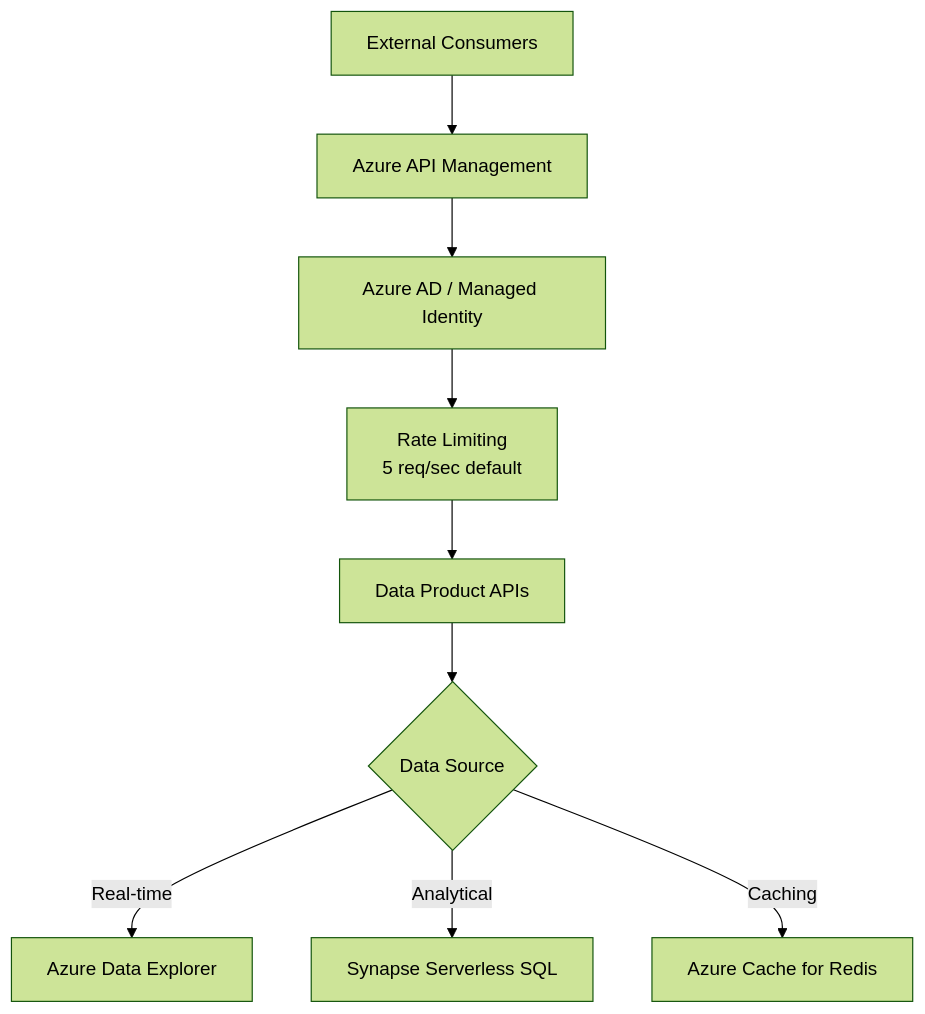
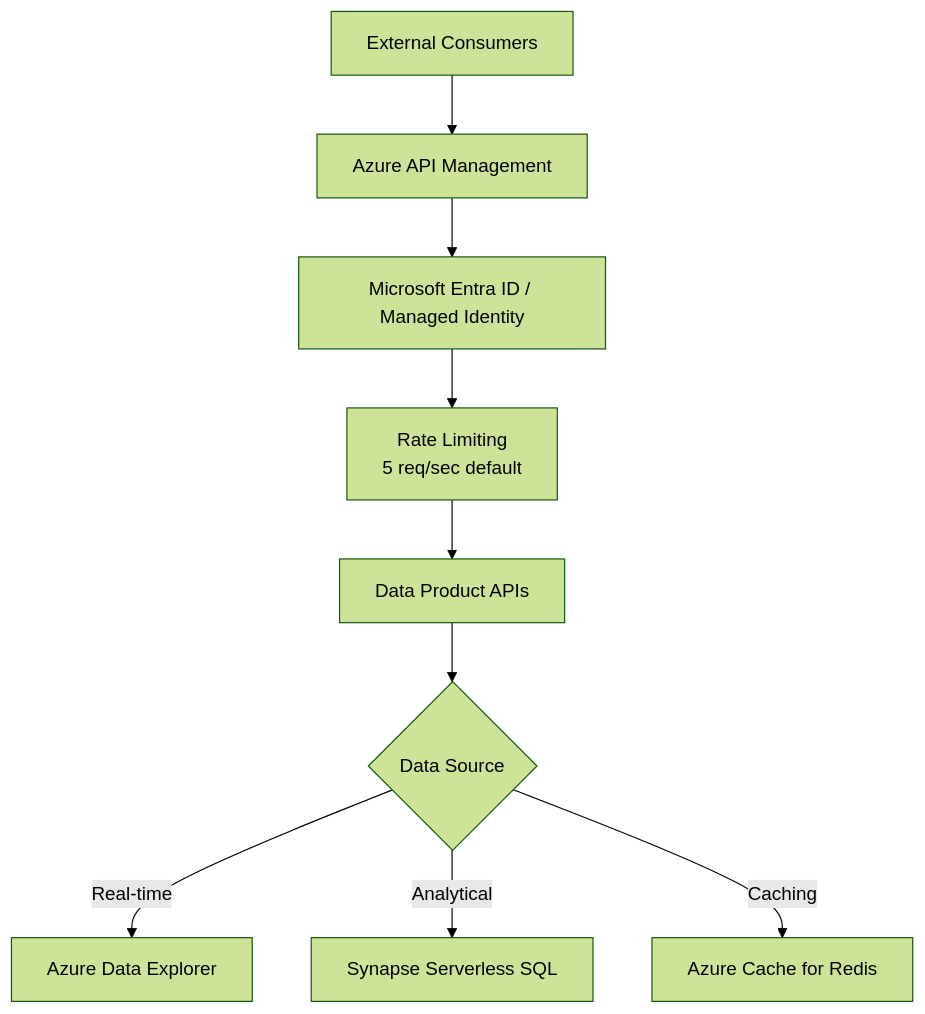
The fourth of 4 diagrams in examples/noaa/ARCHITECTURE.md (fgarofalo56/csa-inabox), drawn with Mermaid (forest theme) before and after one commit. The commit also changed other lines of this file and 836 other files, not shown here.

````diff
--- a/examples/noaa/ARCHITECTURE.md
+++ b/examples/noaa/ARCHITECTURE.md
@@ -479,11 +479,11 @@
 ```mermaid
 graph TD
     A[External Consumers] --> B[Azure API Management]
-    B --> C[Azure AD / Managed Identity]
+    B --> C[Microsoft Entra ID / Managed Identity]
     C --> D[Rate Limiting<br/>5 req/sec default]
     D --> E[Data Product APIs]
     E --> F{Data Source}
     F -->|Real-time| G[Azure Data Explorer]
     F -->|Analytical| H[Synapse Serverless SQL]
     F -->|Caching| I[Azure Cache for Redis]
 ```
````
